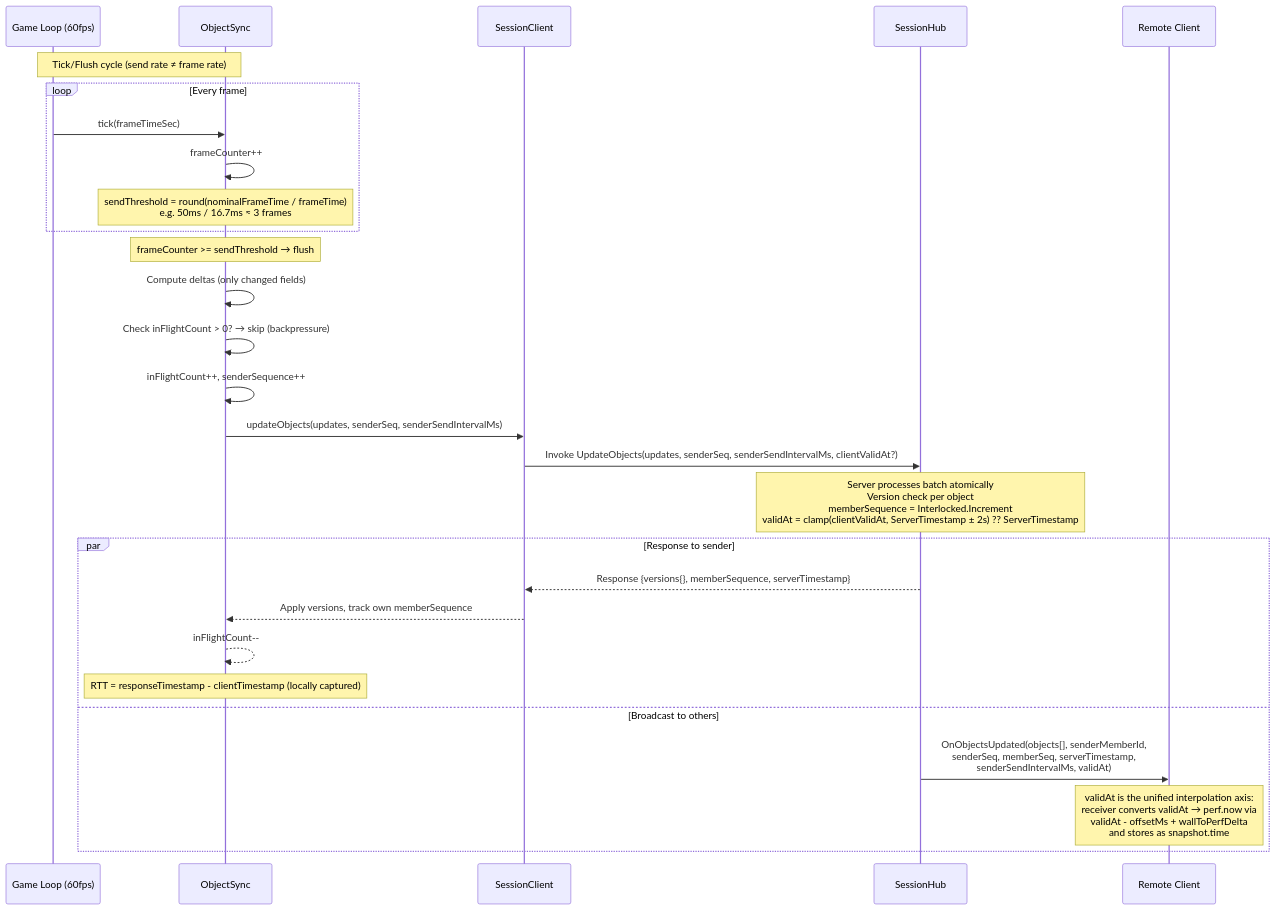
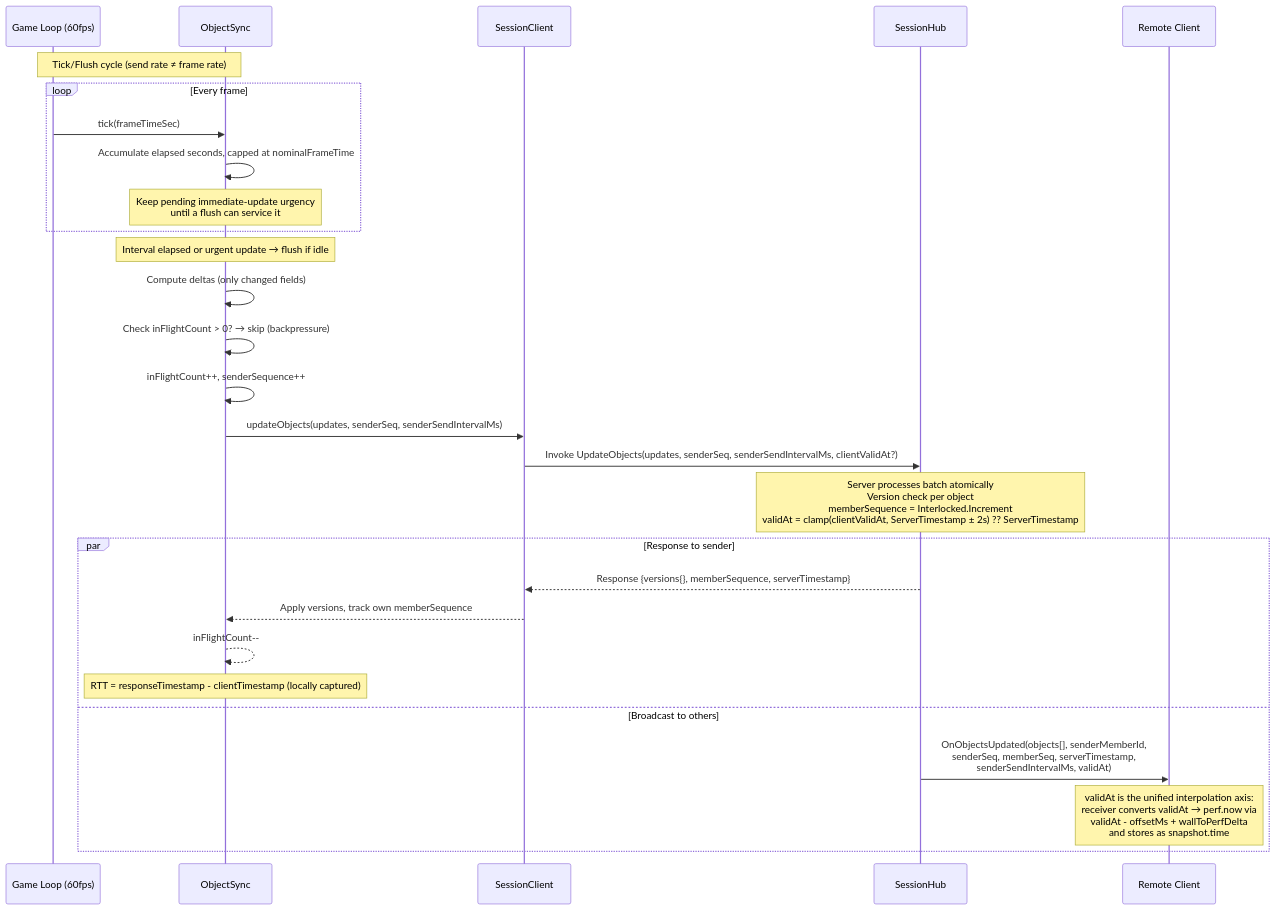
Before and after one commit to badvoidstar/astervoids: diagram 20 of 36 in ARCHITECTURE.md, drawn with Mermaid. The commit also changed other lines of this file and 29 other files, not shown here.

````diff
--- a/ARCHITECTURE.md
+++ b/ARCHITECTURE.md
@@ -936,34 +960,34 @@
 ```mermaid
 sequenceDiagram
     participant GL as Game Loop (60fps)
     participant OS as ObjectSync
     participant SC as SessionClient
     participant HUB as SessionHub
     participant R as Remote Client
 
     Note over GL,OS: Tick/Flush cycle (send rate ≠ frame rate)
     loop Every frame
         GL->>OS: tick(frameTimeSec)
-        OS->>OS: frameCounter++
-        Note over OS: sendThreshold = round(nominalFrameTime / frameTime)<br/>e.g. 50ms / 16.7ms ≈ 3 frames
+        OS->>OS: Accumulate elapsed seconds, capped at nominalFrameTime
+        Note over OS: Keep pending immediate-update urgency<br/>until a flush can service it
     end
 
-    Note over OS: frameCounter >= sendThreshold → flush
+    Note over OS: Interval elapsed or urgent update → flush if idle
     OS->>OS: Compute deltas (only changed fields)
     OS->>OS: Check inFlightCount > 0? → skip (backpressure)
     OS->>OS: inFlightCount++, senderSequence++
     OS->>SC: updateObjects(updates, senderSeq, senderSendIntervalMs)
     SC->>HUB: Invoke UpdateObjects(updates, senderSeq, senderSendIntervalMs, clientValidAt?)
 
     Note over HUB: Server processes batch atomically<br/>Version check per object<br/>memberSequence = Interlocked.Increment<br/>validAt = clamp(clientValidAt, ServerTimestamp ± 2s) ?? ServerTimestamp
 
     par Response to sender
         HUB-->>SC: Response {versions{}, memberSequence, serverTimestamp}
         SC-->>OS: Apply versions, track own memberSequence
         OS-->>OS: inFlightCount--
         Note over OS: RTT = responseTimestamp - clientTimestamp (locally captured)
     and Broadcast to others
         HUB->>R: OnObjectsUpdated(objects[], senderMemberId,<br/>senderSeq, memberSeq, serverTimestamp,<br/>senderSendIntervalMs, validAt)
         Note over R: validAt is the unified interpolation axis:<br/>receiver converts validAt → perf.now via<br/>validAt - offsetMs + wallToPerfDelta<br/>and stores as snapshot.time
     end
 ```
````
